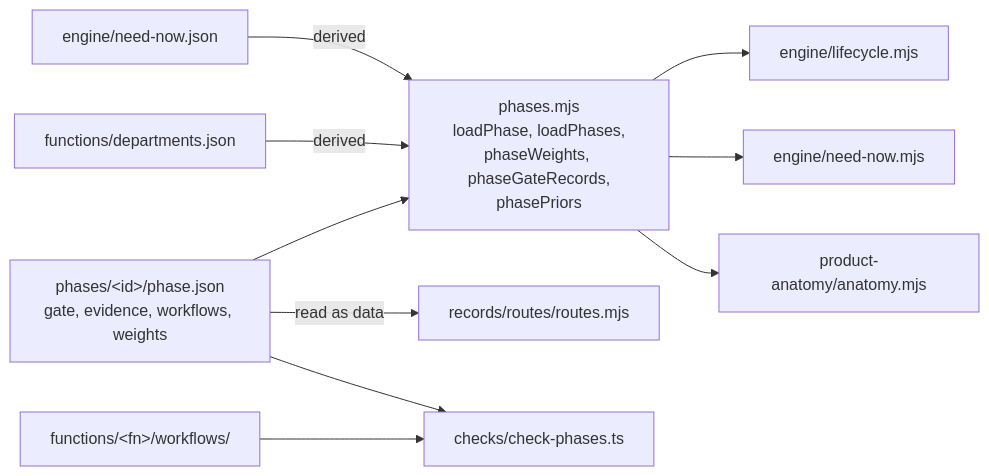
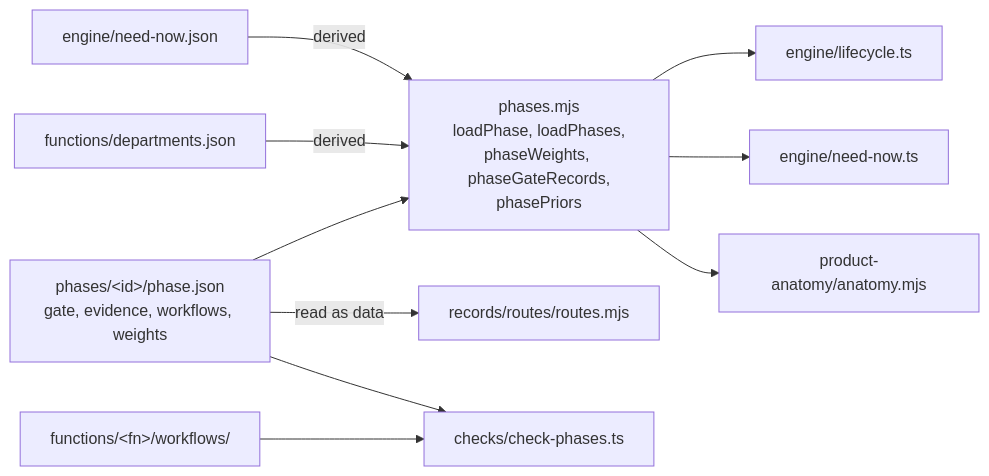
Before and after one commit to tchjhnsn/Naive: the diagram in packages/naive/src/phases/README.md, drawn with Mermaid. The commit also changed 4 other files, not shown here.

````diff
--- a/packages/naive/src/phases/README.md
+++ b/packages/naive/src/phases/README.md
@@ -9,12 +9,12 @@
 ```mermaid
 flowchart LR
   PJ["phases/&lt;id&gt;/phase.json<br/>gate, evidence, workflows, weights"] --> LOAD["phases.mjs<br/>loadPhase, loadPhases,<br/>phaseWeights, phaseGateRecords,<br/>phasePriors"]
   NN["engine/need-now.json"] -->|derived| LOAD
   DEP["functions/departments.json"] -->|derived| LOAD
-  LOAD --> LC["engine/lifecycle.mjs"]
-  LOAD --> NOW["engine/need-now.mjs"]
+  LOAD --> LC["engine/lifecycle.ts"]
+  LOAD --> NOW["engine/need-now.ts"]
   LOAD --> AN["product-anatomy/anatomy.mjs"]
   PJ -->|read as data| RT["records/routes/routes.mjs"]
   PJ --> CHK["checks/check-phases.ts"]
   WF["functions/&lt;fn&gt;/workflows/"] --> CHK
 ```
````
